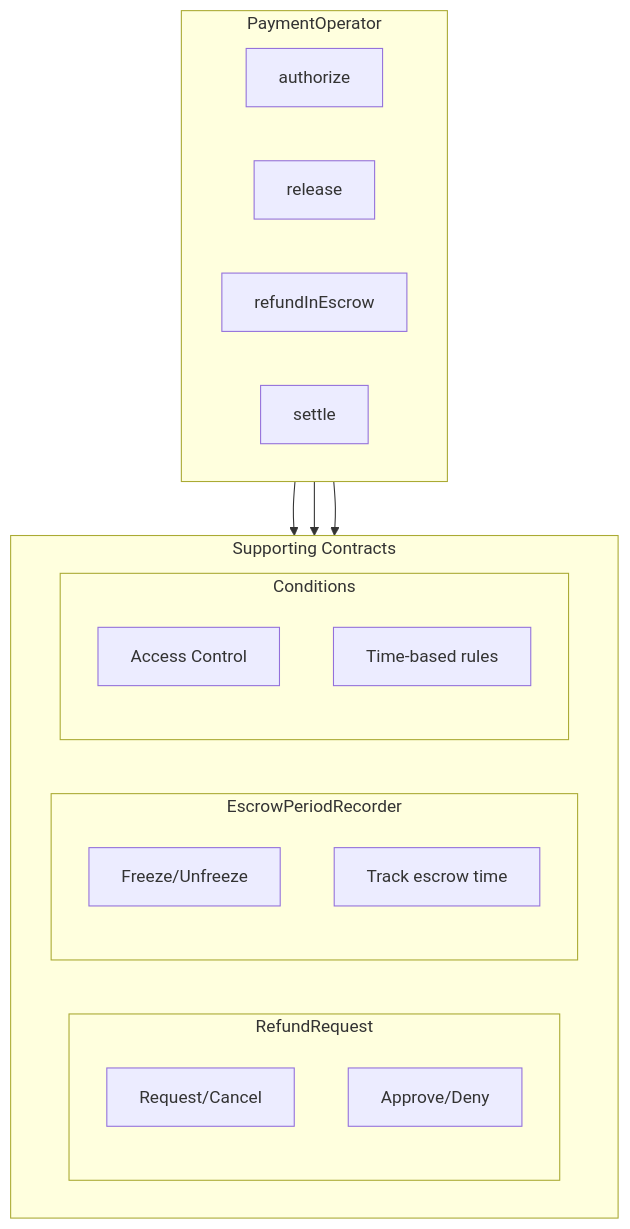
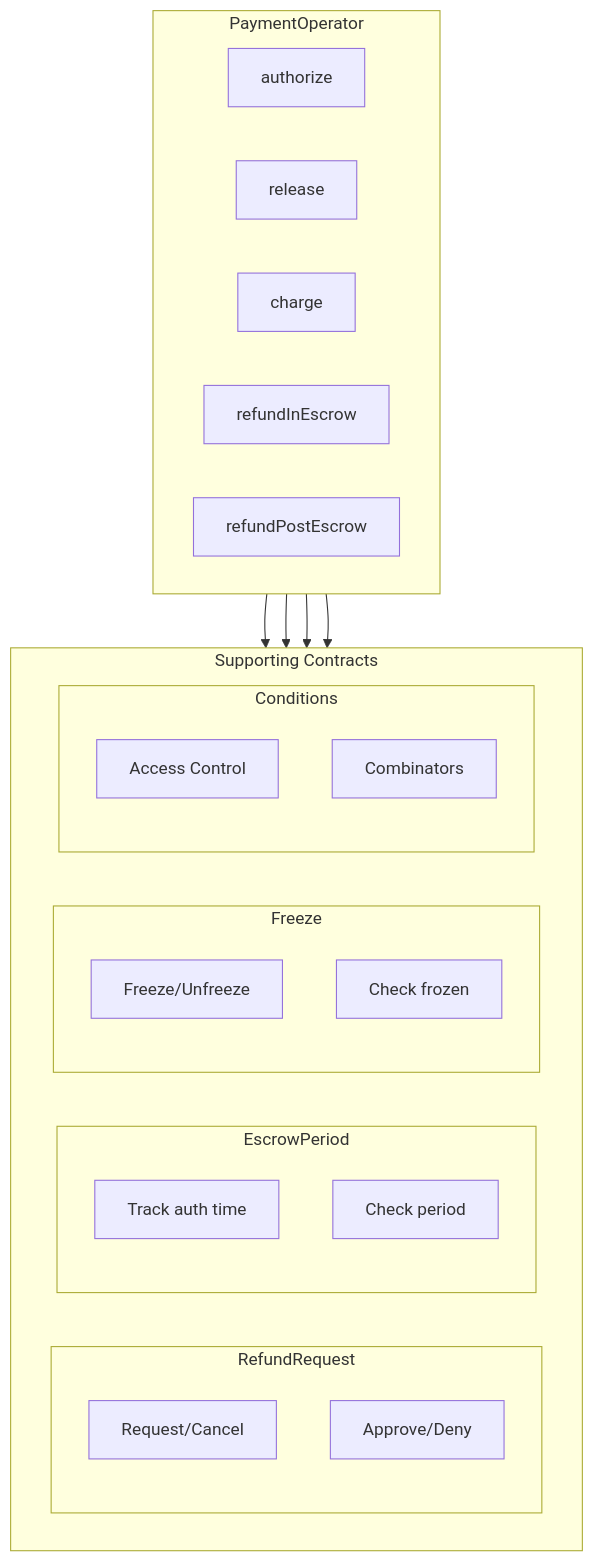
The third of 3 diagrams in sdk/concepts.mdx (BackTrackCo/docs), drawn with Mermaid before and after one commit. The commit also changed other lines of this file and 34 other files, not shown here.

````diff
--- a/sdk/concepts.mdx
+++ b/sdk/concepts.mdx
@@ -141,30 +157,36 @@
 ```mermaid
 flowchart TB
     subgraph PO[PaymentOperator]
         direction LR
         auth[authorize]
         rel[release]
+        chg[charge]
         ref[refundInEscrow]
-        set[settle]
+        refp[refundPostEscrow]
     end
 
     subgraph Components[Supporting Contracts]
         direction LR
         subgraph RR[RefundRequest]
             rr1[Request/Cancel]
             rr2[Approve/Deny]
         end
-        subgraph EPR[EscrowPeriodRecorder]
-            epr1[Freeze/Unfreeze]
-            epr2[Track escrow time]
+        subgraph EP[EscrowPeriod]
+            ep1[Track auth time]
+            ep2[Check period]
+        end
+        subgraph FR[Freeze]
+            fr1[Freeze/Unfreeze]
+            fr2[Check frozen]
         end
         subgraph Cond[Conditions]
             c1[Access Control]
-            c2[Time-based rules]
+            c2[Combinators]
         end
     end
 
     PO --> RR
-    PO --> EPR
+    PO --> EP
+    PO --> FR
     PO --> Cond
 ```
````
